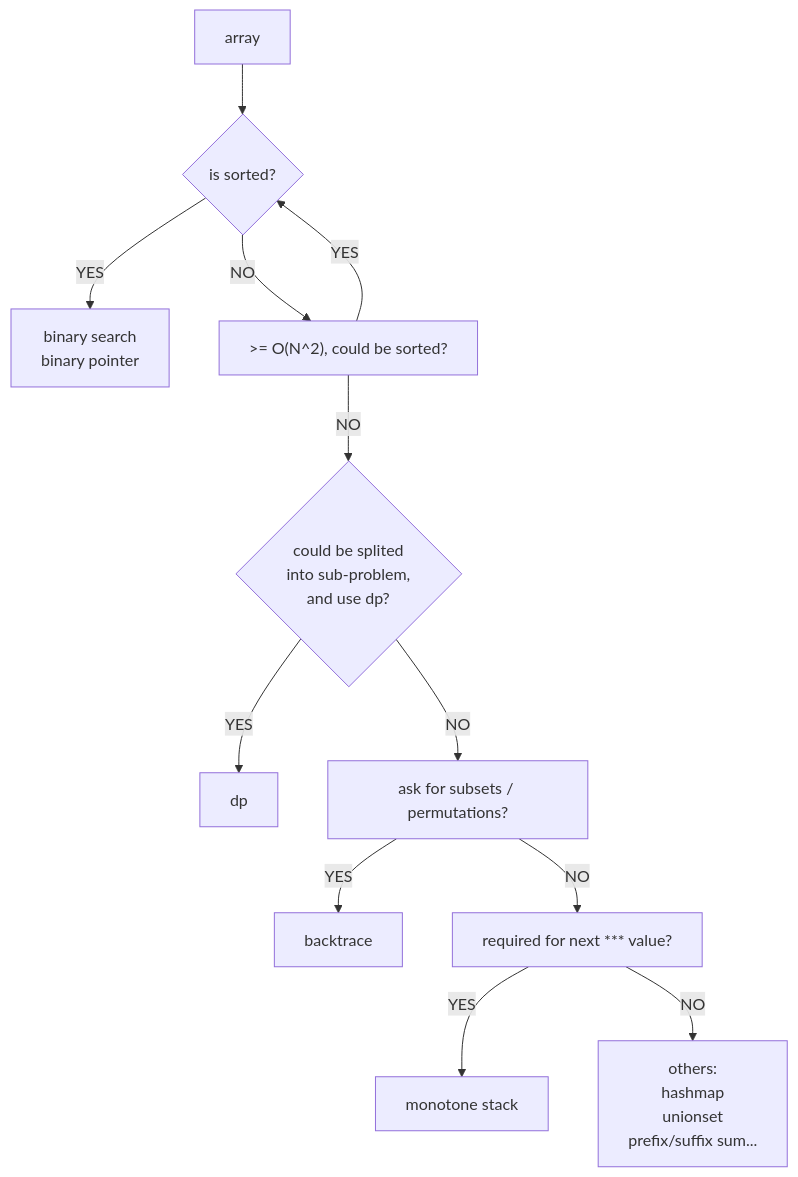
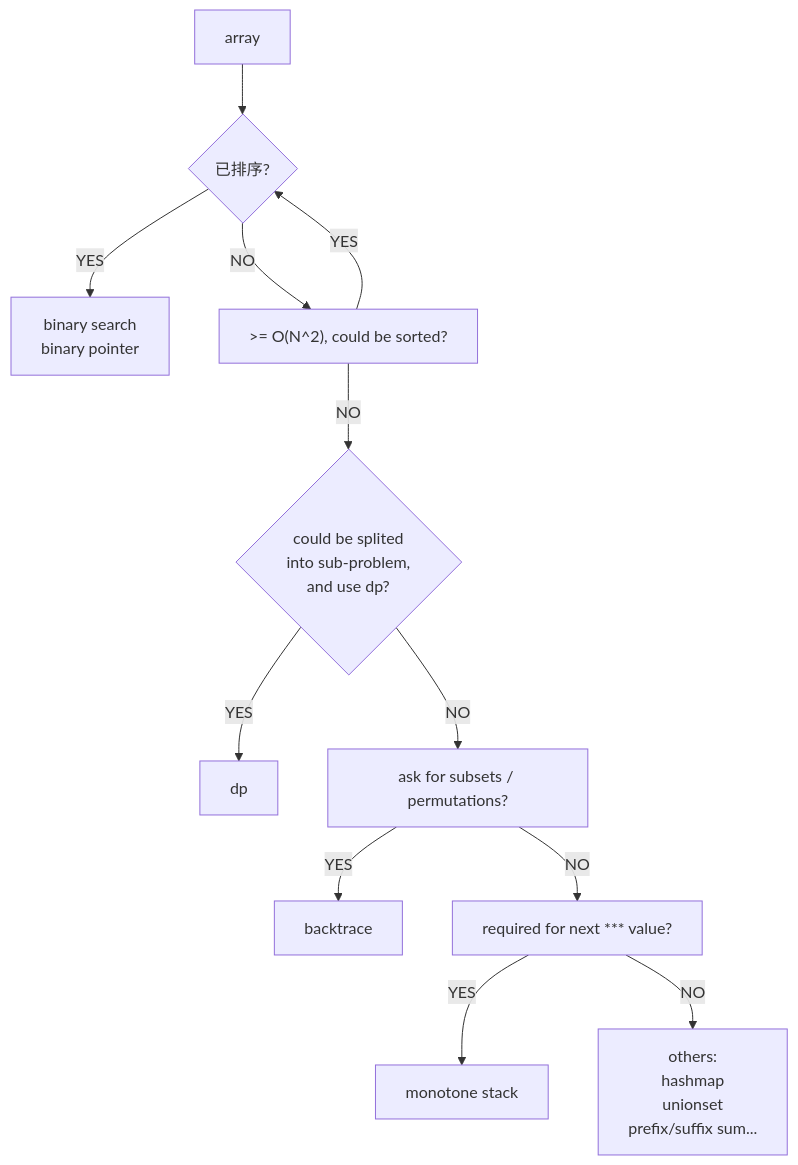
One commit to lix0x7/algorithm changed the diagram in note/thoughts.md. Above: the diagram before and after it, drawn with Mermaid. The commit also changed other lines of this file and 1 other file, not shown here.

````diff
--- a/note/thoughts.md
+++ b/note/thoughts.md
@@ -119,21 +123,21 @@
 ```mermaid
 flowchart TD
-  a[array] --> isSorted{is sorted?}
+  a[array] --> isSorted{"已排序?"}
   isSorted -- YES --> binSearch[binary search \n binary pointer]
   isSorted -- NO --> couldBeSorted[">= O(N^2), could be sorted?"]
   
   couldBeSorted -- YES --> isSorted
   couldBeSorted -- NO --> couldDp{"could be splited \ninto sub-problem,\n and use dp?"}
   
   couldDp -- YES --> dp["dp"]
   couldDp -- NO --> couldBacktrace["ask for subsets / permutations?"]
   
   couldBacktrace -- YES --> backtrace["backtrace"]
   couldBacktrace -- NO  --> couldMonoStack["required for next *** value?"]
   
   couldMonoStack -- YES --> monoStack["monotone stack"]
   couldMonoStack -- NO  --> xxx
   
   xxx["others:\n hashmap\n unionset\n prefix/suffix sum..."]
   
 ```
````
